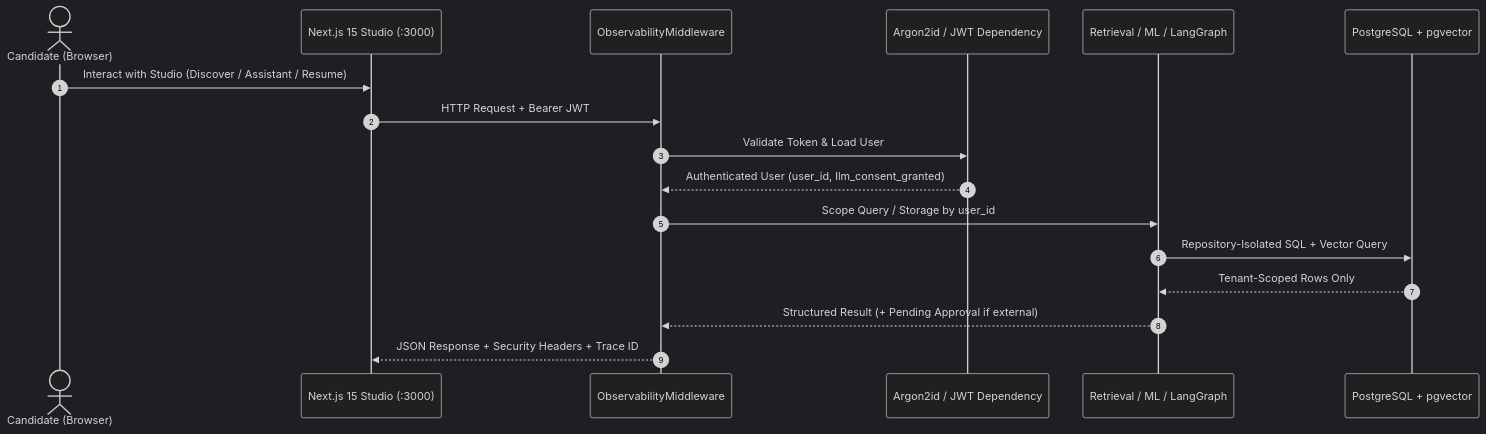
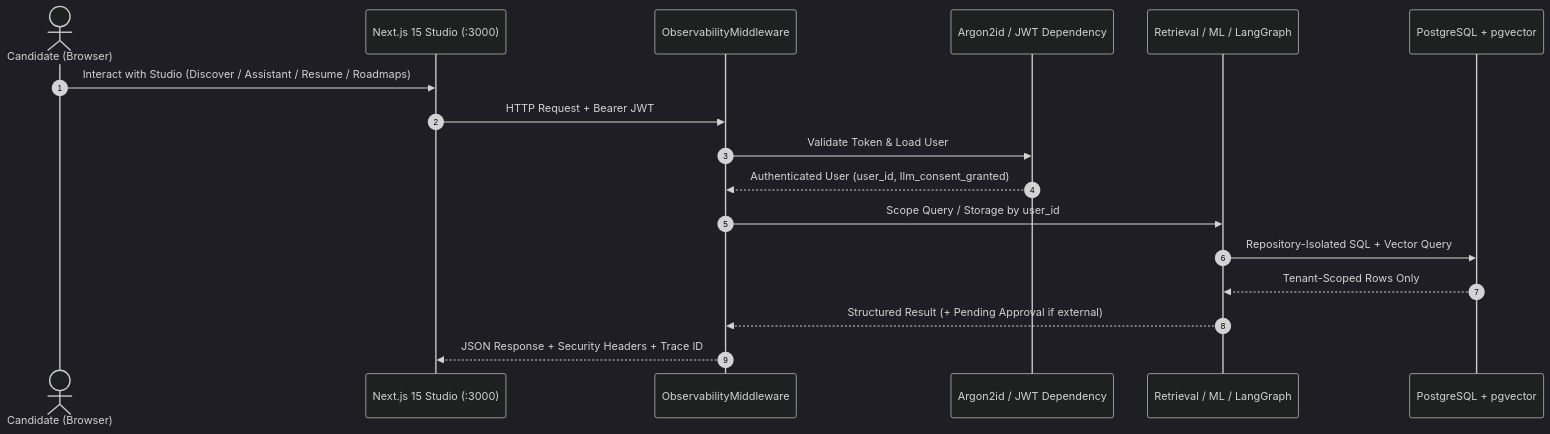
Before and after one commit to souvik082003/Medo: the second of 4 diagrams in README.md, drawn with Mermaid (dark theme). The commit also changed other lines of this file and 6 other files, not shown here.

````diff
--- a/README.md
+++ b/README.md
@@ -96,20 +113,20 @@
 ```mermaid
 sequenceDiagram
   autonumber
   actor User as Candidate (Browser)
   participant UI as Next.js 15 Studio (:3000)
   participant MW as ObservabilityMiddleware
   participant Auth as Argon2id / JWT Dependency
   participant Engine as Retrieval / ML / LangGraph
   participant DB as PostgreSQL + pgvector
 
-  User->>UI: Interact with Studio (Discover / Assistant / Resume)
+  User->>UI: Interact with Studio (Discover / Assistant / Resume / Roadmaps)
   UI->>MW: HTTP Request + Bearer JWT
   MW->>Auth: Validate Token & Load User
   Auth-->>MW: Authenticated User (user_id, llm_consent_granted)
   MW->>Engine: Scope Query / Storage by user_id
   Engine->>DB: Repository-Isolated SQL + Vector Query
   DB-->>Engine: Tenant-Scoped Rows Only
   Engine-->>MW: Structured Result (+ Pending Approval if external)
   MW-->>UI: JSON Response + Security Headers + Trace ID
 ```
````
